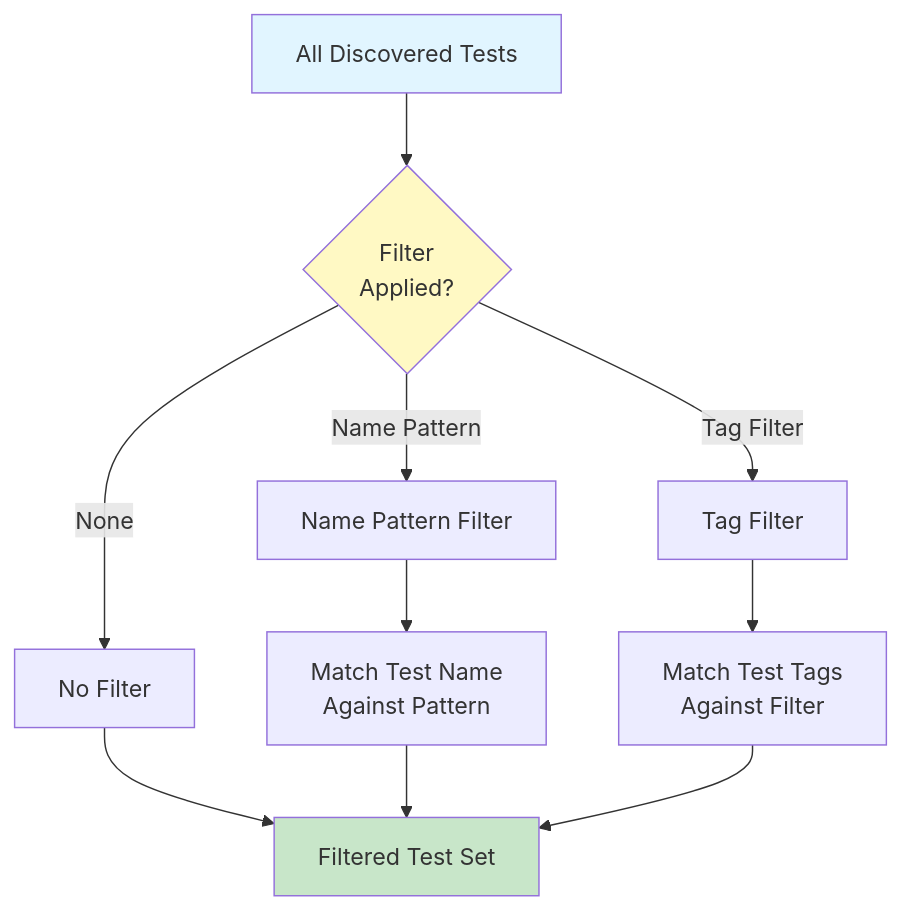
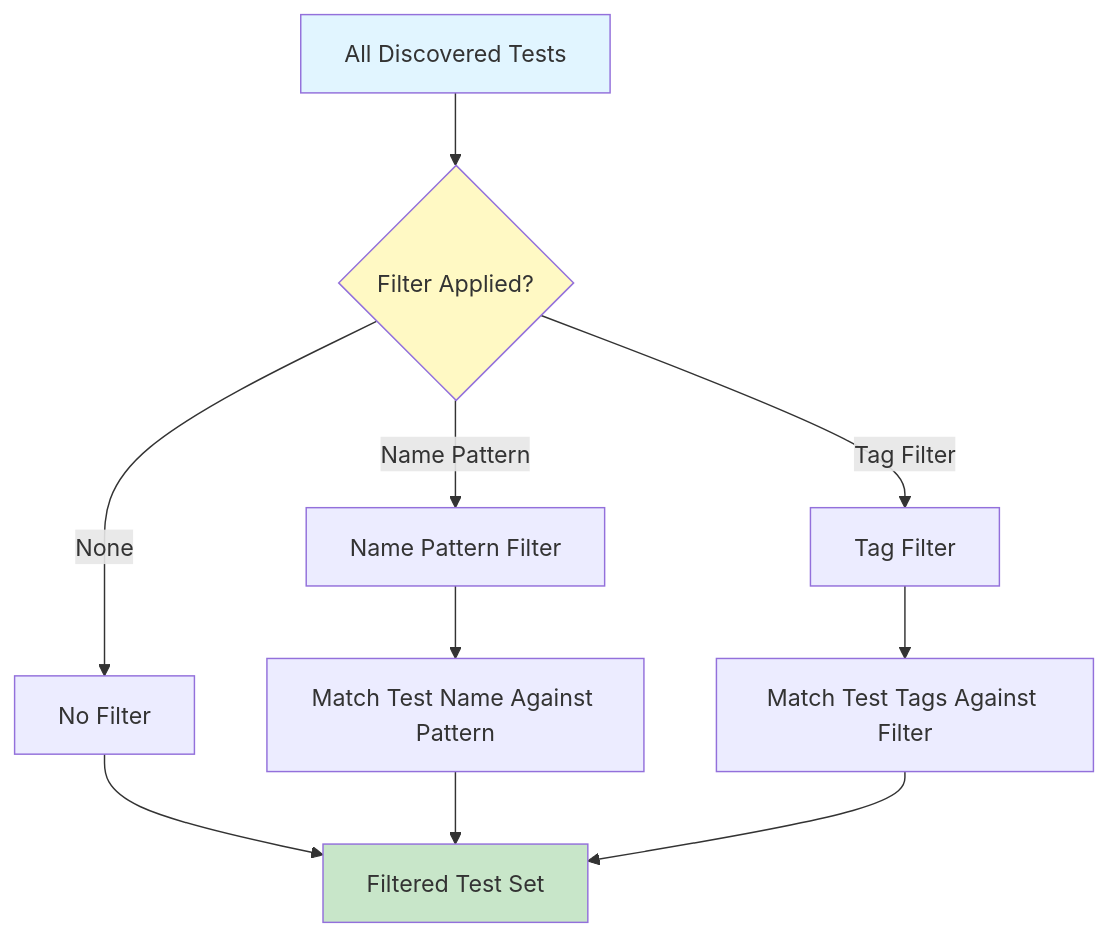
Before and after one commit to softwarewrighter/ui-test-rs: the ninth of 15 diagrams in wiki/Test-Loader.md, drawn with Mermaid. The commit also changed other lines of this file and 10 other files, not shown here.

First line of the commit message:
Fix wiki Mermaid diagrams: remove <br/> tags

````diff
--- a/wiki/Test-Loader.md
+++ b/wiki/Test-Loader.md
@@ -359,32 +359,32 @@
 ```mermaid
 flowchart TB
     AllTests[All Discovered Tests]
 
-    Filter{Filter<br/>Applied?}
+    Filter{Filter Applied?}
 
     NameFilter[Name Pattern Filter]
     TagFilter[Tag Filter]
     NoFilter[No Filter]
 
-    MatchName[Match Test Name<br/>Against Pattern]
-    MatchTag[Match Test Tags<br/>Against Filter]
+    MatchName[Match Test Name Against Pattern]
+    MatchTag[Match Test Tags Against Filter]
 
     FilteredTests[Filtered Test Set]
 
     AllTests --> Filter
 
     Filter -->|Name Pattern| NameFilter
     Filter -->|Tag Filter| TagFilter
     Filter -->|None| NoFilter
 
     NameFilter --> MatchName
     TagFilter --> MatchTag
     NoFilter --> FilteredTests
 
     MatchName --> FilteredTests
     MatchTag --> FilteredTests
 
     style AllTests fill:#e1f5ff
     style FilteredTests fill:#c8e6c9
     style Filter fill:#fff9c4
 ```
````
